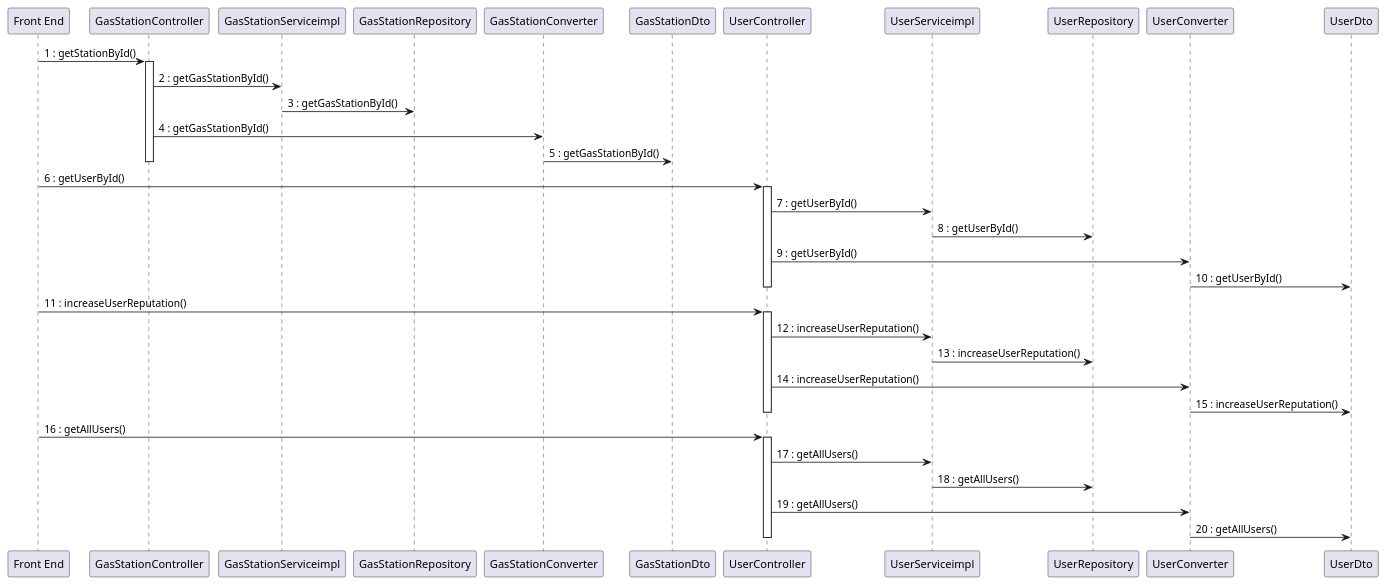
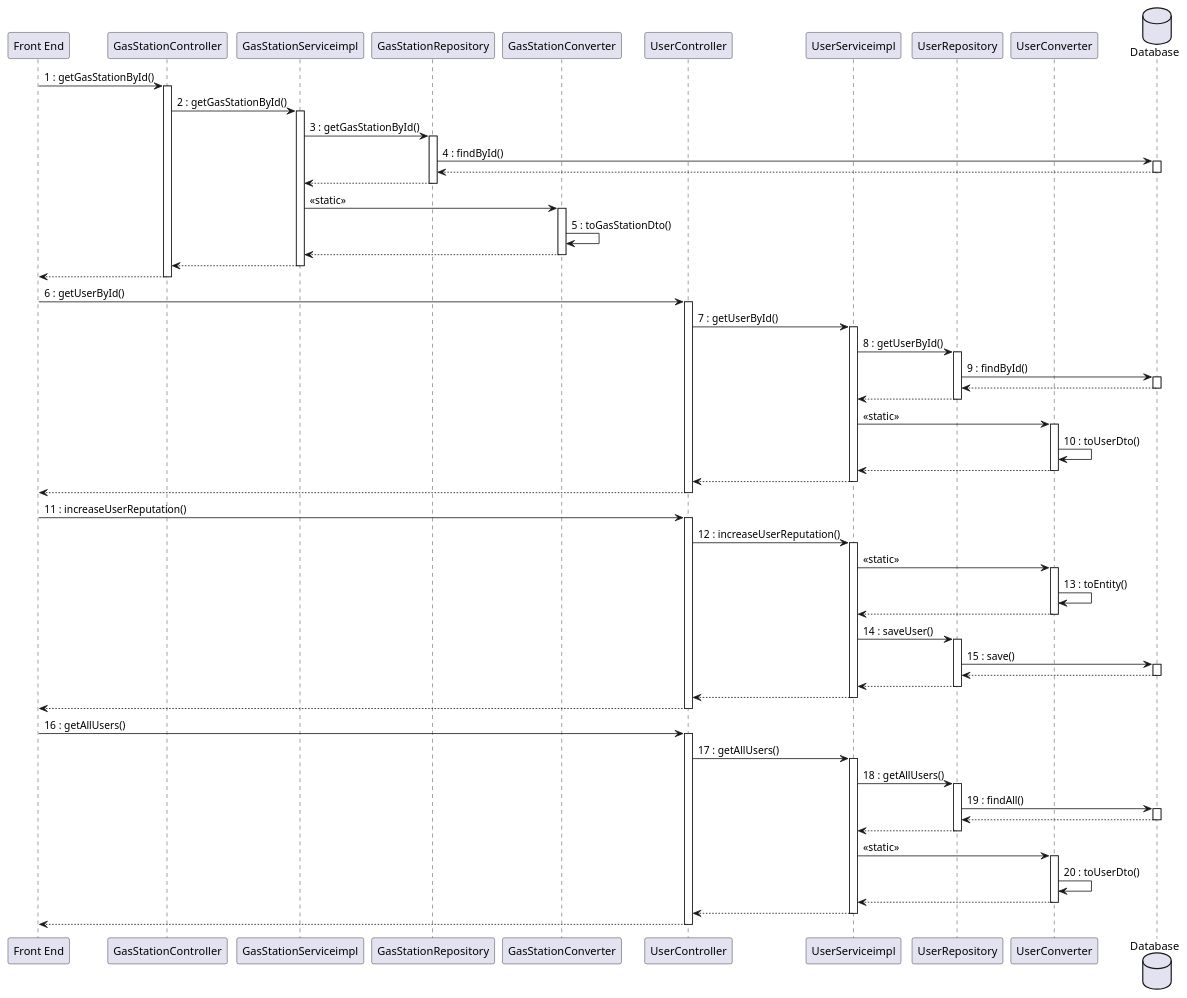
One commit to mosTavassoli/ezgas changed diagram 14 of 15 in docs/DesignDocument.md. Above: the diagram before and after it, drawn with PlantUML. The commit also changed other lines of this file, not shown here.

Commit message:
docs(DesignDocument): edit sequence diagrams

````diff
--- a/docs/DesignDocument.md
+++ b/docs/DesignDocument.md
@@ -706,34 +837,70 @@
 ```plantuml
-"Front End" -> GasStationController:1 : getStationById()
+database Database order 30
+"Front End" -> GasStationController:1 : getGasStationById()
 activate GasStationController
 GasStationController -> GasStationServiceimpl:2 : getGasStationById()
+activate GasStationServiceimpl
 GasStationServiceimpl -> GasStationRepository:3 : getGasStationById()
-GasStationController -> GasStationConverter:4 : getGasStationById()
-GasStationConverter -> GasStationDto:5 : getGasStationById()
-deactivate GasStationController
-
+activate GasStationRepository
+GasStationRepository -> Database:4 : findById()
+activate Database
+return
+return
+GasStationServiceimpl -> GasStationConverter:<<static>>
+activate GasStationConverter
+GasStationConverter -> GasStationConverter:5 : toGasStationDto()
+return
+return
+return
 
 "Front End" -> UserController:6 : getUserById()
 activate UserController
 UserController -> UserServiceimpl:7 : getUserById()
+activate UserServiceimpl
 UserServiceimpl -> UserRepository:8 : getUserById()
-UserController -> UserConverter:9 : getUserById()
-UserConverter -> UserDto:10 : getUserById()
-deactivate UserController
+activate UserRepository
+UserRepository -> Database:9 : findById()
+activate Database
+return
+return
+UserServiceimpl -> UserConverter:<<static>>
+activate UserConverter
+UserConverter -> UserConverter:10 : toUserDto()
+return
+return
+return
 
-"Front End" -> UserController :11 : increaseUserReputation()
+"Front End" -> UserController:11 : increaseUserReputation()
 activate UserController
-UserController -> UserServiceimpl :12 : increaseUserReputation()
-UserServiceimpl -> UserRepository :13 : increaseUserReputation()
-UserController -> UserConverter:14 : increaseUserReputation()
-UserConverter -> UserDto:15 : increaseUserReputation()
-deactivate UserController
+UserController -> UserServiceimpl:12 : increaseUserReputation()
+activate UserServiceimpl
+UserServiceimpl -> UserConverter:<<static>>
+activate UserConverter
+UserConverter -> UserConverter:13 : toEntity()
+return
+UserServiceimpl -> UserRepository:14 : saveUser()
+activate UserRepository
+UserRepository -> Database:15 : save()
+activate Database
+return
+return
+return
+return
 
-"Front End" -> UserController :16 : getAllUsers()
+"Front End" -> UserController:16 : getAllUsers()
 activate UserController
-UserController -> UserServiceimpl :17 : getAllUsers()
-UserServiceimpl -> UserRepository :18 : getAllUsers()
-UserController -> UserConverter:19 : getAllUsers()
-UserConverter -> UserDto:20 : getAllUsers()
-deactivate UserController
+UserController -> UserServiceimpl:17 : getAllUsers()
+activate UserServiceimpl
+UserServiceimpl -> UserRepository:18 : getAllUsers()
+activate UserRepository
+UserRepository -> Database:19 : findAll()
+activate Database
+return
+return
+UserServiceimpl -> UserConverter:<<static>>
+activate UserConverter
+UserConverter -> UserConverter:20 : toUserDto()
+return
+return
+return
 ```
````
